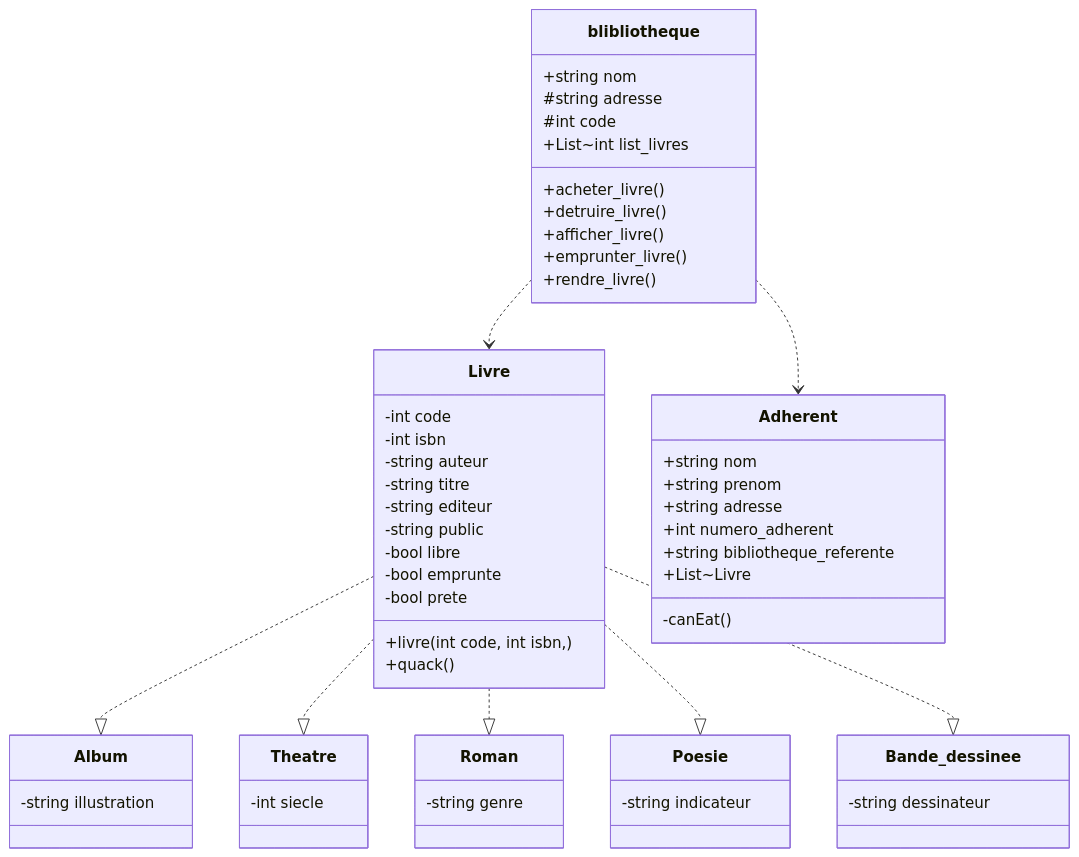
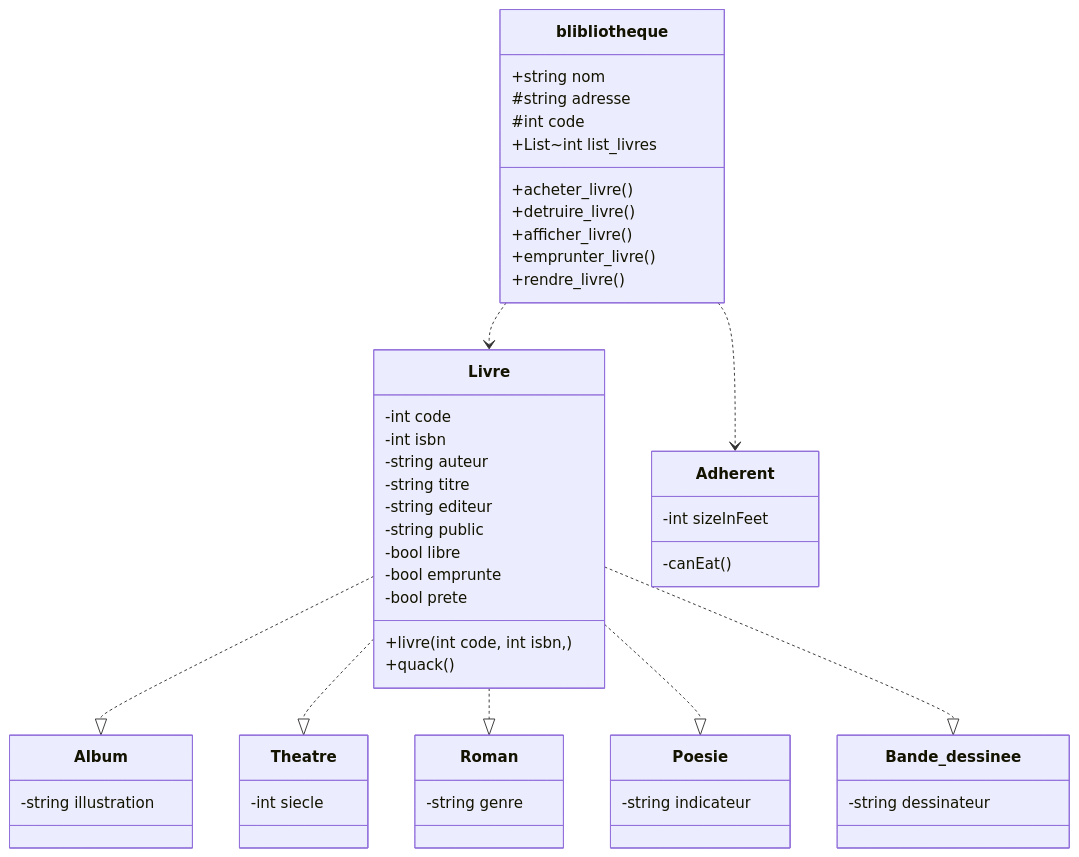
Before and after one commit to Esteban-ve/projet-gestion-de-bibliotheques: the diagram in mermaid.md, drawn with Mermaid. The commit also changed 1 other file, not shown here.

Commit message:
biblio.cpp added

````diff
--- a/mermaid.md
+++ b/mermaid.md
@@ -1,74 +1,67 @@
 ```mermaid
 classDiagram
     blibliotheque ..> Livre
     blibliotheque ..> Adherent
 
     Livre ..|> Album
     Livre ..|> Theatre
     Livre ..|> Roman
     Livre ..|> Poesie
     Livre ..|> Bande_dessinee
 
     class blibliotheque{
     +string nom
     #string adresse
     #int code
     +List~int list_livres
 
     +acheter_livre()
     +detruire_livre()
     +afficher_livre()
     +emprunter_livre()
     +rendre_livre()
     
     }
 
     class Adherent{
-      +string nom
-      +string prenom
-      +string adresse
-      +int numero_adherent
-      +string bibliotheque_referente
-      +List~Livre 
+      -int sizeInFeet
       -canEat()
     }
 
     class Livre{
       -int code
       -int isbn
       -string auteur
       -string titre
       -string editeur
       -string public
 
       -bool libre
       -bool emprunte
       -bool prete
 
       +livre(int code, int isbn, )
       +quack()
     }
 
     class Album{
     -string illustration
     }
 
     class Theatre{
     -int siecle
     }
 
     class Roman{
     -string genre
     }
 
     class Poesie{
     -string indicateur
     }
 
     class Bande_dessinee{
     -string dessinateur
     }
-
-
-
+    
 ```
````
